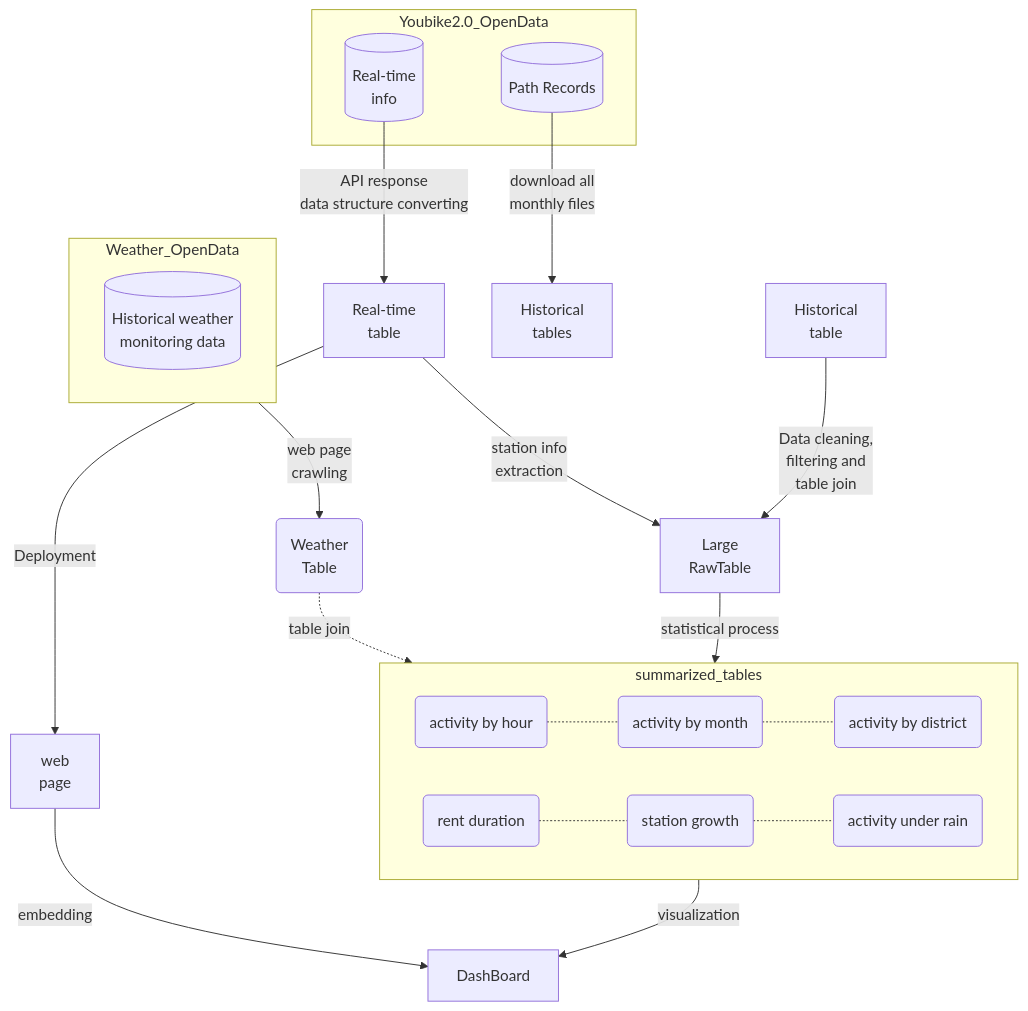
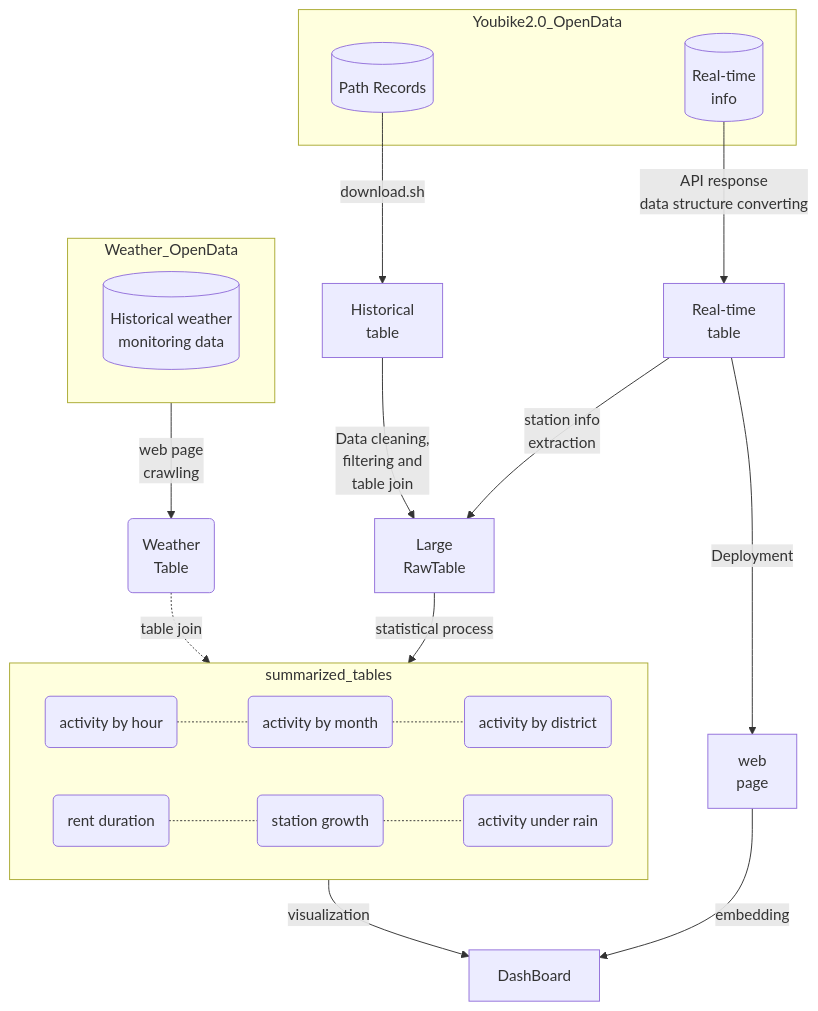
The diagram in README.md (CCL-Chun/ubike2_taipei_city), drawn with Mermaid before and after one commit.

````diff
--- a/README.md
+++ b/README.md
@@ -11,31 +11,31 @@
 ```mermaid
 flowchart TD
     subgraph Youbike2.0_OpenData
         DB1[(Path Records)]
         DB2[(Real-time \ninfo)]
     end
     subgraph Weather_OpenData
         DB3[(Historical weather\nmonitoring data)]
     end
     subgraph summarized_tables
         sT1(rent duration)-.- sT5
         sT2(activity by hour) -.- sT3
         sT3(activity by month) -.-sT4
         sT4(activity by district) 
         sT5(station growth) -.- sT6
         sT6(activity under rain)
     end
 
 Weather_OpenData -->|web page\ncrawling| T1(Weather\nTable)
 T1(Weather\nTable) -.->|table join| summarized_tables
 
 DB2 -->|API response\ndata structure converting| Real-time\ntable
 Real-time\ntable -->|Deployment| web\npage
 web\npage -->|embedding| DashBoard
 
-DB1 -->|download all\n monthly files|Historical\ntables
+DB1 -->|download.sh|Historical\ntable
 Real-time\ntable -->|station info\nextraction| Large\nRawTable
 Historical\ntable -->|Data cleaning,\nfiltering and\ntable join| Large\nRawTable
 Large\nRawTable -->|statistical process| summarized_tables
 summarized_tables -->|visualization| DashBoard
 ```
````
